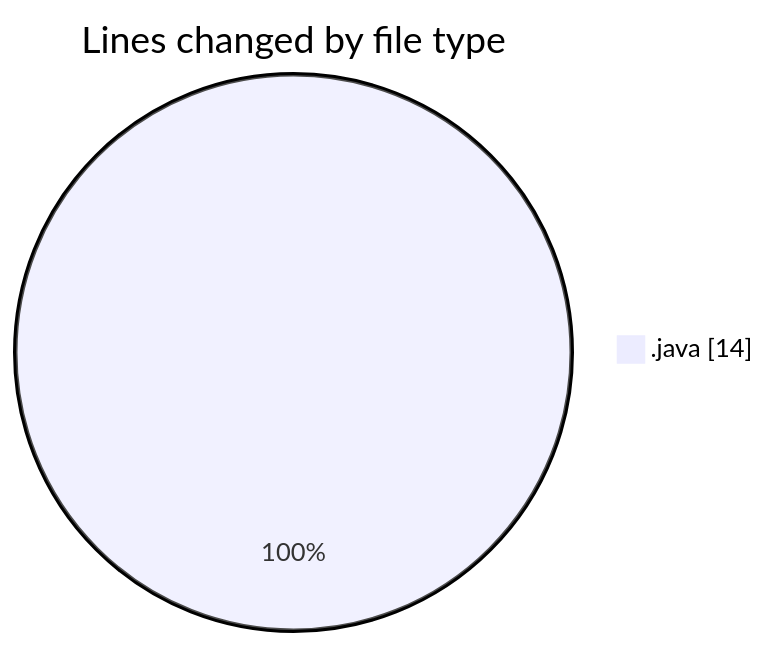
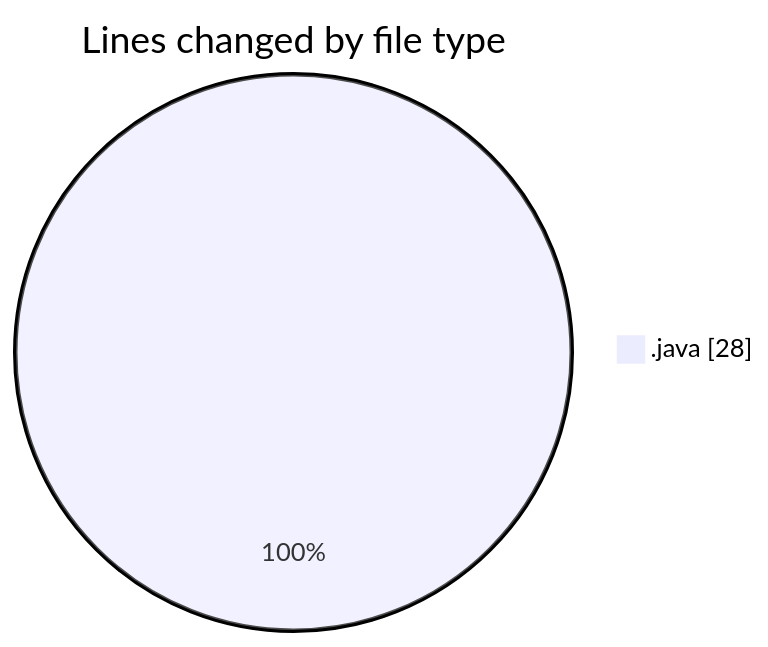
The first of 2 diagrams in 2026-10-07/taskforge/README.md (hasnaa123/code-tracking), drawn with Mermaid before and after one commit. The commit also changed other lines of this file and 1 other file, not shown here.

````diff
--- a/2026-10-07/taskforge/README.md
+++ b/2026-10-07/taskforge/README.md
@@ -21,5 +23,5 @@
 ```mermaid
 pie showData
 title Lines changed by file type
-".java" : 14
+".java" : 28
 ```
````
